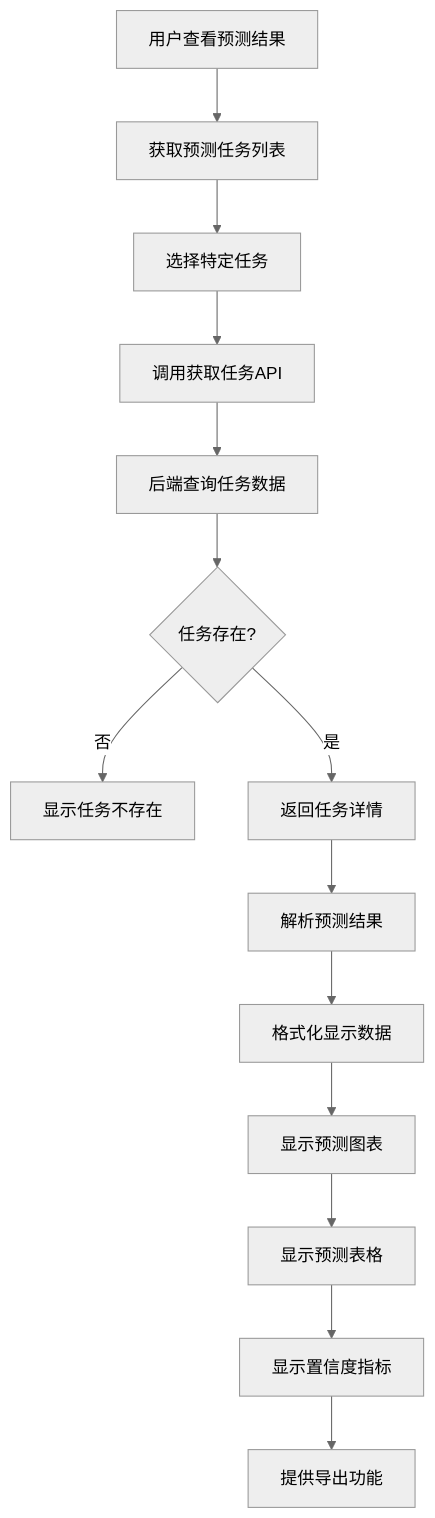
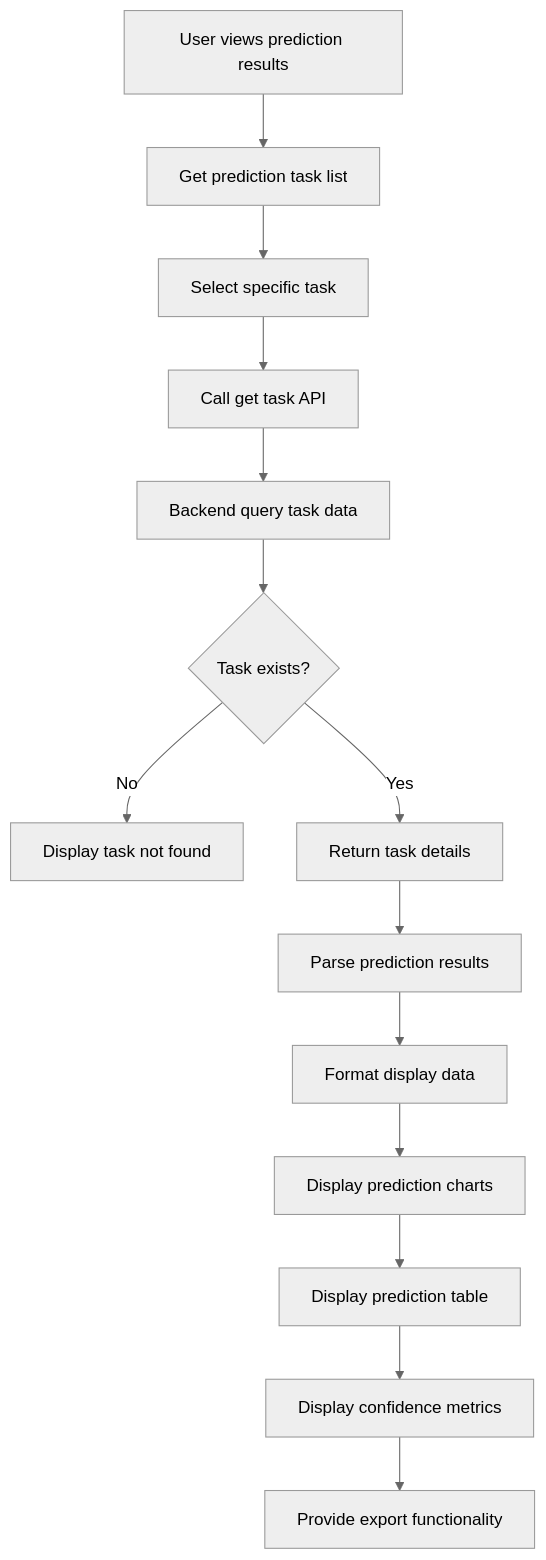
One commit to CDKStudy/Portfolio_Manager changed the eighth of 20 diagrams in FLOWCHARTS.md. Above: the diagram before and after it, drawn with Mermaid (neutral theme). The commit also changed other lines of this file, not shown here.

Commit message:
update flowchart

````diff
--- a/FLOWCHARTS.md
+++ b/FLOWCHARTS.md
@@ -213,16 +213,16 @@
 ```mermaid
 flowchart TD
-    A[用户查看预测结果] --> B[获取预测任务列表]
-    B --> C[选择特定任务]
-    C --> D[调用获取任务API]
-    D --> E[后端查询任务数据]
-    E --> F{任务存在?}
-    F -->|否| G[显示任务不存在]
-    F -->|是| H[返回任务详情]
-    H --> I[解析预测结果]
-    I --> J[格式化显示数据]
-    J --> K[显示预测图表]
-    K --> L[显示预测表格]
-    L --> M[显示置信度指标]
-    M --> N[提供导出功能]
+    A[User views prediction results] --> B[Get prediction task list]
+    B --> C[Select specific task]
+    C --> D[Call get task API]
+    D --> E[Backend query task data]
+    E --> F{Task exists?}
+    F -->|No| G[Display task not found]
+    F -->|Yes| H[Return task details]
+    H --> I[Parse prediction results]
+    I --> J[Format display data]
+    J --> K[Display prediction charts]
+    K --> L[Display prediction table]
+    L --> M[Display confidence metrics]
+    M --> N[Provide export functionality]
 ```
````
